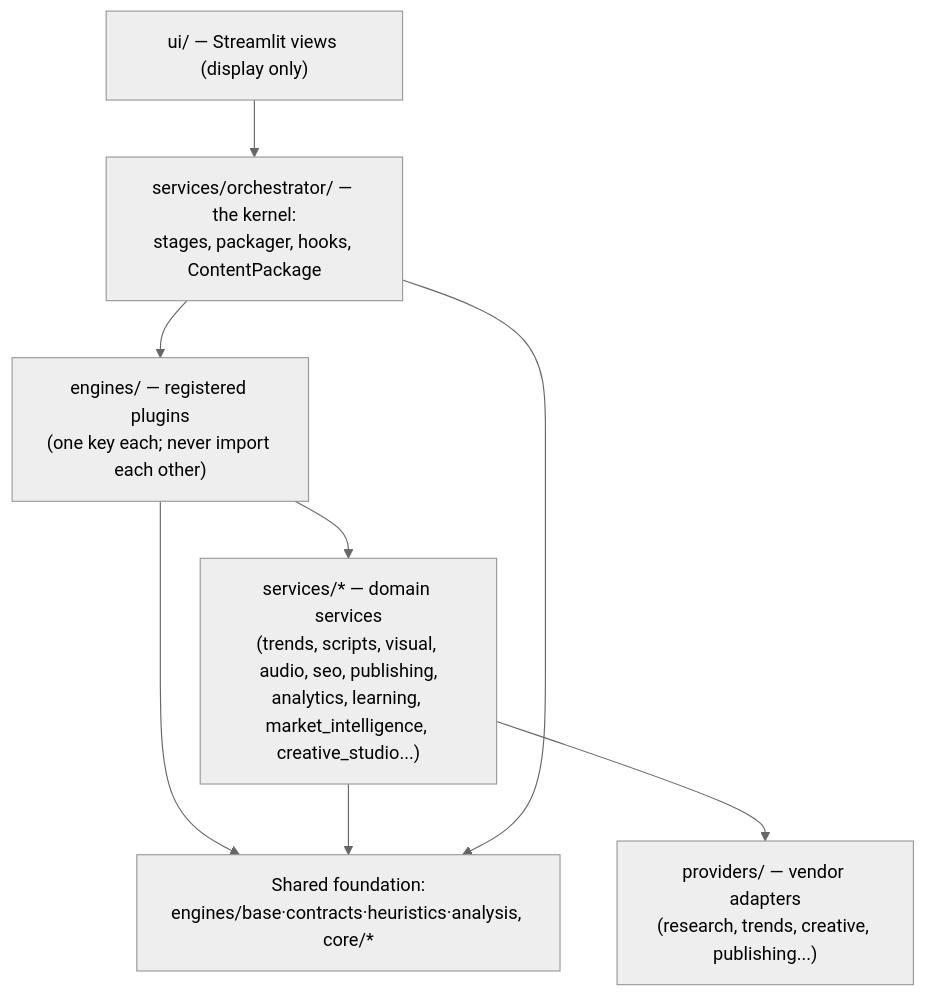
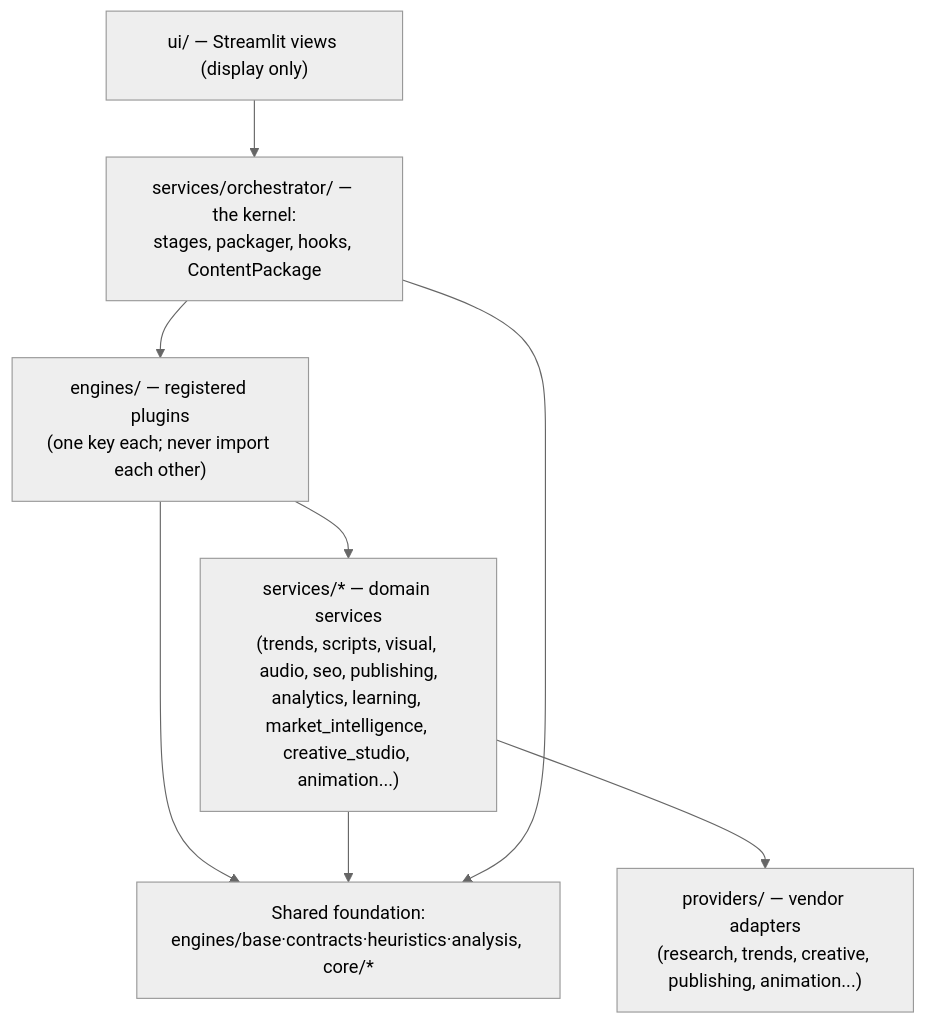
Before and after one commit to jbrottem1/generational: the first of 2 diagrams in SYSTEM_DEPENDENCY_MAP.md, drawn with Mermaid (neutral theme). The commit also changed 34 other files, not shown here.

````diff
--- a/SYSTEM_DEPENDENCY_MAP.md
+++ b/SYSTEM_DEPENDENCY_MAP.md
@@ -14,17 +14,17 @@
 ```mermaid
 graph TD
     UI["ui/ — Streamlit views (display only)"]
     ORCH["services/orchestrator/ — the kernel:<br/>stages, packager, hooks, ContentPackage"]
-    SVC["services/* — domain services<br/>(trends, scripts, visual, audio, seo, publishing,<br/>analytics, learning, market_intelligence, creative_studio...)"]
+    SVC["services/* — domain services<br/>(trends, scripts, visual, audio, seo, publishing,<br/>analytics, learning, market_intelligence, creative_studio, animation...)"]
     ENG["engines/ — registered plugins<br/>(one key each; never import each other)"]
     LIB["Shared foundation:<br/>engines/base·contracts·heuristics·analysis, core/*"]
-    PROV["providers/ — vendor adapters<br/>(research, trends, creative, publishing...)"]
+    PROV["providers/ — vendor adapters<br/>(research, trends, creative, publishing, animation...)"]
 
     UI --> ORCH
     ORCH --> ENG
     ENG --> SVC
     ENG --> LIB
     SVC --> LIB
     SVC --> PROV
     ORCH --> LIB
 ```
````
